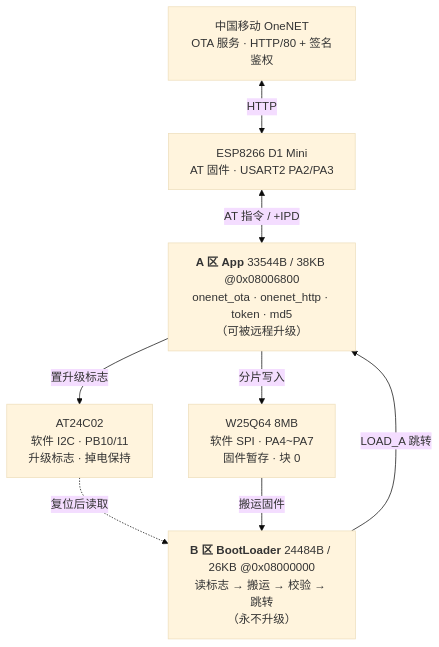
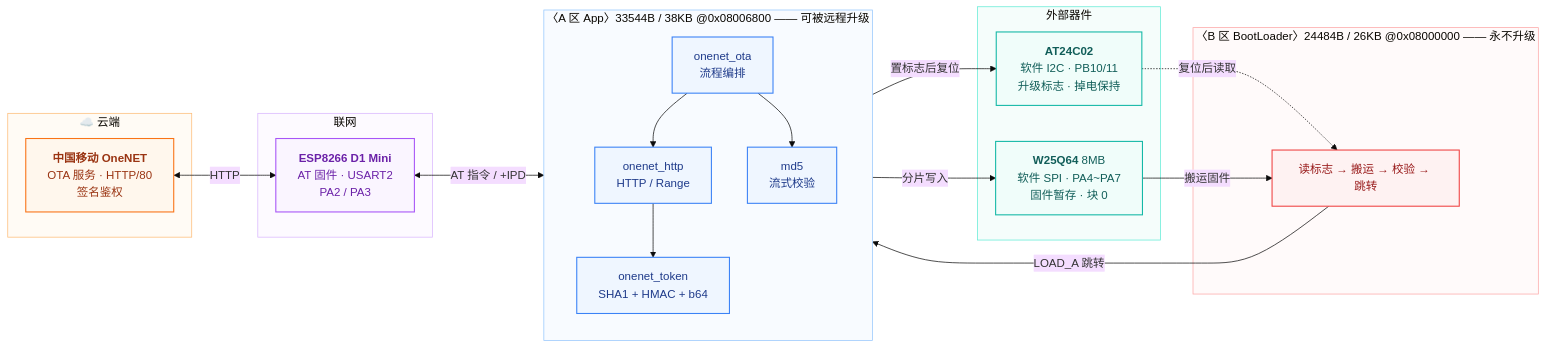
The diagram in README.md (Indulge125/stm32-ota-bootloader), drawn with Mermaid (base theme) before and after one commit. The commit also changed other lines of this file and 2 other files, not shown here.

First line of the commit message:
docs(README): 首页对齐 Qt 项目风格 —— 居中头部 + 配色架构图 + 内容外移

````diff
--- a/README.md
+++ b/README.md
@@ -28,17 +32,56 @@
 ```mermaid
-flowchart TD
-    ONENET["中国移动 OneNET<br/>OTA 服务 · HTTP/80 + 签名鉴权"]
-    ESP["ESP8266 D1 Mini<br/>AT 固件 · USART2 PA2/PA3"]
-    APP["<b>A 区 App</b> 33544B / 38KB @0x08006800<br/>onenet_ota · onenet_http · token · md5<br/>（可被远程升级）"]
-    W25["W25Q64 8MB<br/>软件 SPI · PA4~PA7<br/>固件暂存 · 块 0"]
-    EE["AT24C02<br/>软件 I2C · PB10/11<br/>升级标志 · 掉电保持"]
-    BL["<b>B 区 BootLoader</b> 24484B / 26KB @0x08000000<br/>读标志 → 搬运 → 校验 → 跳转<br/>（永不升级）"]
+flowchart LR
+    subgraph CLOUD["☁️ 云端"]
+        ONENET["<b>中国移动 OneNET</b><br/>OTA 服务 · HTTP/80<br/>签名鉴权"]
+    end
+
+    subgraph LINK["联网"]
+        ESP["<b>ESP8266 D1 Mini</b><br/>AT 固件 · USART2<br/>PA2 / PA3"]
+    end
+
+    subgraph APP["〈A 区 App〉33544B / 38KB @0x08006800 —— 可被远程升级"]
+        direction TB
+        OTA["onenet_ota<br/>流程编排"]
+        HTTP["onenet_http<br/>HTTP / Range"]
+        TOK["onenet_token<br/>SHA1 + HMAC + b64"]
+        MD5["md5<br/>流式校验"]
+        OTA --> HTTP
+        OTA --> MD5
+        HTTP --> TOK
+    end
+
+    subgraph BOOT["〈B 区 BootLoader〉24484B / 26KB @0x08000000 —— 永不升级"]
+        BL["读标志 → 搬运 → 校验 → 跳转"]
+    end
+
+    subgraph HW["外部器件"]
+        W25["<b>W25Q64</b> 8MB<br/>软件 SPI · PA4~PA7<br/>固件暂存 · 块 0"]
+        EE["<b>AT24C02</b><br/>软件 I2C · PB10/11<br/>升级标志 · 掉电保持"]
+    end
 
     ONENET <-->|HTTP| ESP
-    ESP <-->|AT 指令 / +IPD| APP
-    APP -->|分片写入| W25
-    APP -->|置升级标志| EE
+    ESP <-->|"AT 指令 / +IPD"| HTTP
+    OTA -->|分片写入| W25
+    OTA -->|置标志后复位| EE
     EE -.->|复位后读取| BL
     W25 -->|搬运固件| BL
-    BL -->|LOAD_A 跳转| APP
+    BL -->|"LOAD_A 跳转"| OTA
+
+    classDef cloud fill:#fff7ed,color:#9a3412,stroke:#f97316,stroke-width:1.5px;
+    classDef link  fill:#faf5ff,color:#6b21a8,stroke:#a855f7,stroke-width:1.5px;
+    classDef app   fill:#eff6ff,color:#1e3a8a,stroke:#3b82f6,stroke-width:1.5px;
+    classDef boot  fill:#fef2f2,color:#991b1b,stroke:#ef4444,stroke-width:1.5px;
+    classDef hw    fill:#f0fdfa,color:#115e59,stroke:#14b8a6,stroke-width:1.5px;
+
+    class ONENET cloud;
+    class ESP link;
+    class OTA,HTTP,TOK,MD5 app;
+    class BL boot;
+    class W25,EE hw;
+
+    style CLOUD fill:#fffbf5,stroke:#fdba74,stroke-width:1px
+    style LINK  fill:#fdfaff,stroke:#d8b4fe,stroke-width:1px
+    style APP   fill:#f8fbff,stroke:#93c5fd,stroke-width:1px
+    style BOOT  fill:#fffafa,stroke:#fca5a5,stroke-width:1px
+    style HW    fill:#f5fdfb,stroke:#5eead4,stroke-width:1px
 ```
````
